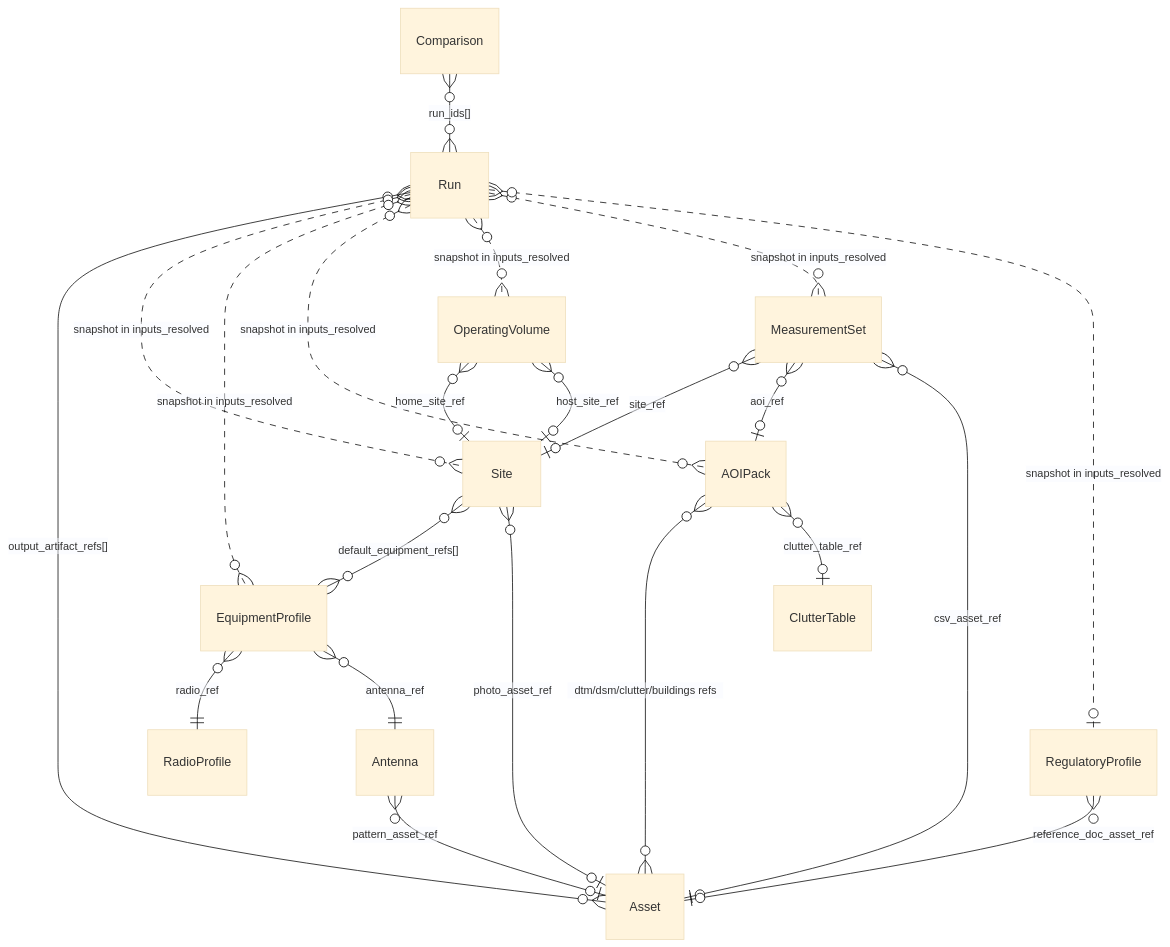
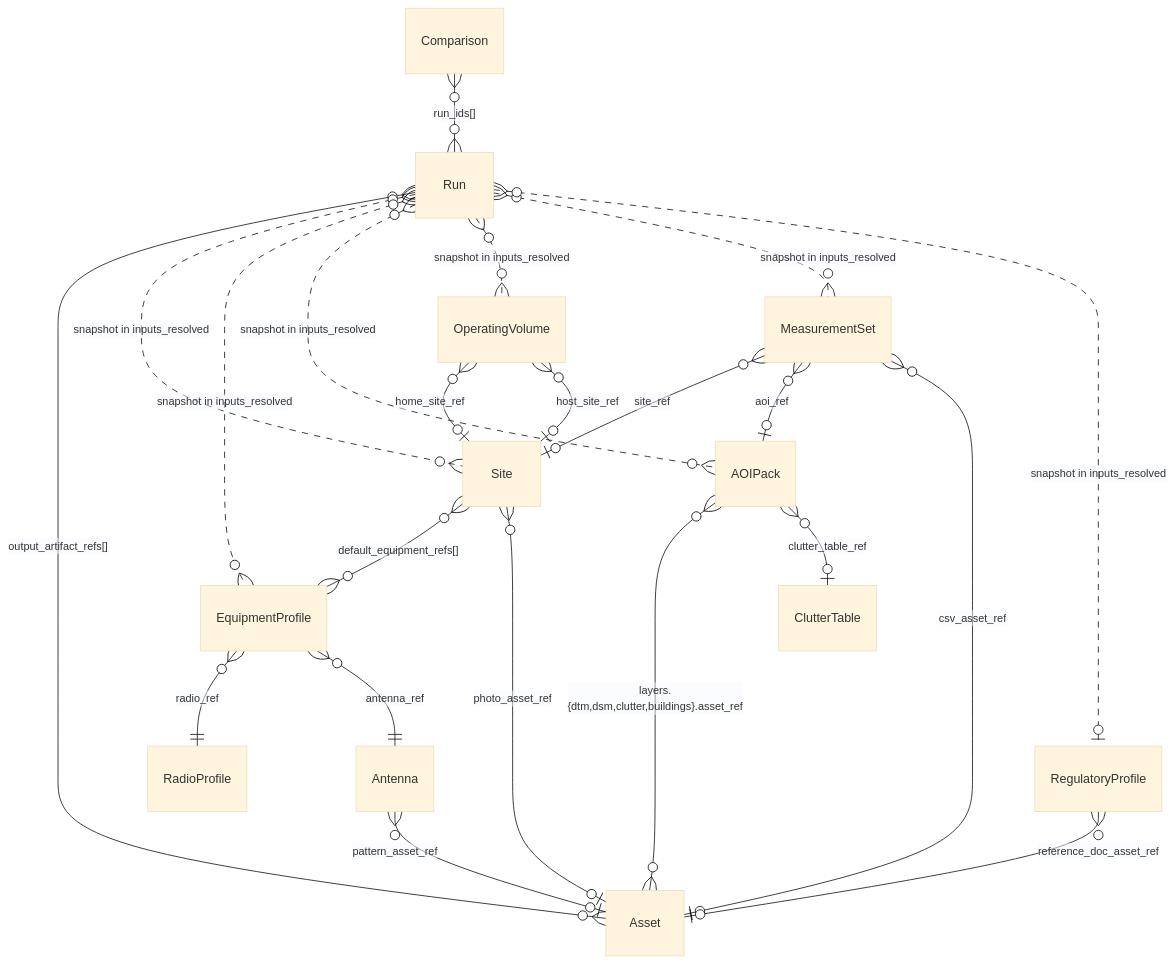
The fourth of 9 diagrams in docs/superpowers/specs/2026-04-25-rf-site-planning-api-design.md (larry-watkins-wps/RfAnalyzerAPI), drawn with Mermaid (base theme) before and after one commit. The commit also changed other lines of this file and 15 other files, not shown here.

````diff
--- a/docs/superpowers/specs/2026-04-25-rf-site-planning-api-design.md
+++ b/docs/superpowers/specs/2026-04-25-rf-site-planning-api-design.md
@@ -366,32 +370,32 @@
 ```mermaid
 erDiagram
     Site               }o--o{ EquipmentProfile : "default_equipment_refs[]"
     Site               }o--o| Asset            : "photo_asset_ref"
 
     EquipmentProfile   }o--|| RadioProfile     : "radio_ref"
     EquipmentProfile   }o--|| Antenna          : "antenna_ref"
 
     Antenna            }o--o| Asset            : "pattern_asset_ref"
 
-    AOIPack            }o--o{ Asset            : "dtm/dsm/clutter/buildings refs"
+    AOIPack            }o--o{ Asset            : "layers.{dtm,dsm,clutter,buildings}.asset_ref"
     AOIPack            }o--o| ClutterTable     : "clutter_table_ref"
 
     OperatingVolume    }o--o| Site             : "home_site_ref"
     OperatingVolume    }o--o| Site             : "host_site_ref"
 
     MeasurementSet     }o--o| Site             : "site_ref"
     MeasurementSet     }o--o| AOIPack          : "aoi_ref"
     MeasurementSet     }o--o| Asset            : "csv_asset_ref"
 
     Comparison         }o--o{ Run              : "run_ids[]"
 
     Run                }o--o{ Asset            : "output_artifact_refs[]"
     Run                }o..o{ Site             : "snapshot in inputs_resolved"
     Run                }o..o{ EquipmentProfile : "snapshot in inputs_resolved"
     Run                }o..o{ AOIPack          : "snapshot in inputs_resolved"
     Run                }o..o{ OperatingVolume  : "snapshot in inputs_resolved"
     Run                }o..o{ MeasurementSet   : "snapshot in inputs_resolved"
     Run                }o..o| RegulatoryProfile: "snapshot in inputs_resolved"
 
     RegulatoryProfile  }o--o| Asset            : "reference_doc_asset_ref"
 ```
````
